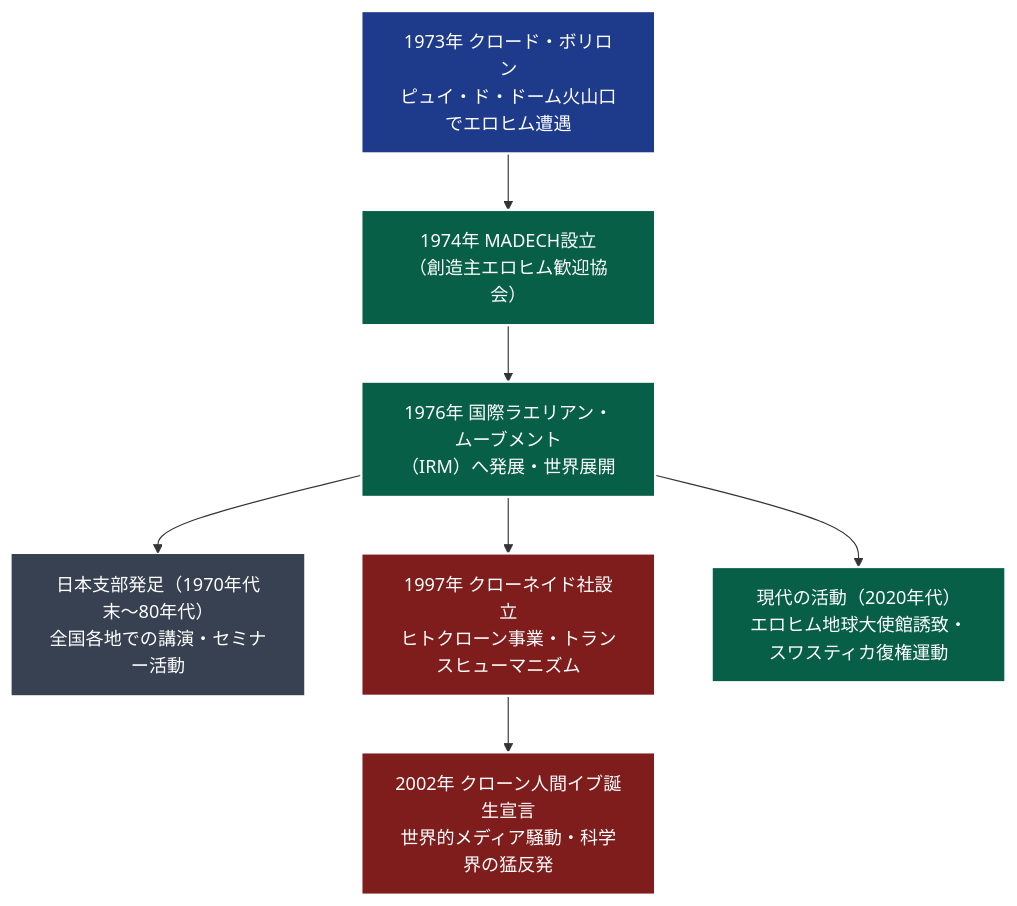
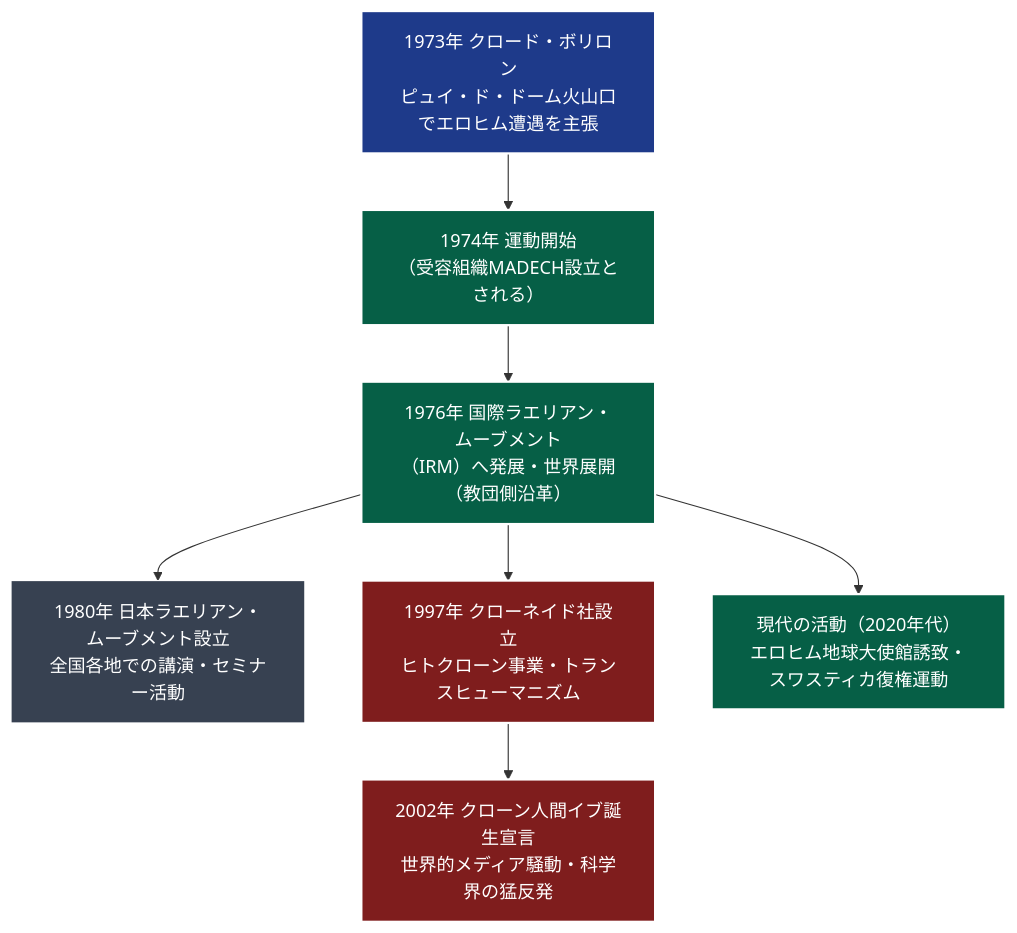
One commit to iida-masashi/religion-garden changed the diagram in content/01_宗派・異端研究/12_その他/国際ラエリアン・ムーブメント.md. Above: the diagram before and after it, drawn with Mermaid. The commit also changed other lines of this file and 251 other files, not shown here.

````diff
--- a/content/01_宗派・異端研究/12_その他/国際ラエリアン・ムーブメント.md
+++ b/content/01_宗派・異端研究/12_その他/国際ラエリアン・ムーブメント.md
@@ -49,14 +60,14 @@
 ```mermaid
 flowchart TD
     classDef origin fill:#1e3a8a,stroke:#ffffff,stroke-width:2px,color:#ffffff;
     classDef main fill:#065f46,stroke:#ffffff,stroke-width:2px,color:#ffffff;
     classDef affair fill:#7f1d1d,stroke:#ffffff,stroke-width:2px,color:#ffffff;
     classDef org fill:#374151,stroke:#ffffff,stroke-width:1px,color:#ffffff;
 
-    A["<div style='color:#ffffff;'>1973年 クロード・ボリロン<br>ピュイ・ド・ドーム火山口でエロヒム遭遇</div>"]:::origin --> B["<div style='color:#ffffff;'>1974年 MADECH設立<br>（創造主エロヒム歓迎協会）</div>"]:::main
-    B --> C["<div style='color:#ffffff;'>1976年 国際ラエリアン・ムーブメント<br>（IRM）へ発展・世界展開</div>"]:::main
-    C --> D["<div style='color:#ffffff;'>日本支部発足（1970年代末〜80年代）<br>全国各地での講演・セミナー活動</div>"]:::org
+    A["<div style='color:#ffffff;'>1973年 クロード・ボリロン<br>ピュイ・ド・ドーム火山口でエロヒム遭遇を主張</div>"]:::origin --> B["<div style='color:#ffffff;'>1974年 運動開始<br>（受容組織MADECH設立とされる）</div>"]:::main
+    B --> C["<div style='color:#ffffff;'>1976年 国際ラエリアン・ムーブメント<br>（IRM）へ発展・世界展開（教団側沿革）</div>"]:::main
+    C --> D["<div style='color:#ffffff;'>1980年 日本ラエリアン・ムーブメント設立<br>全国各地での講演・セミナー活動</div>"]:::org
     C --> E["<div style='color:#ffffff;'>1997年 クローネイド社設立<br>ヒトクローン事業・トランスヒューマニズム</div>"]:::affair
     E --> F["<div style='color:#ffffff;'>2002年 クローン人間イブ誕生宣言<br>世界的メディア騒動・科学界の猛反発</div>"]:::affair
     C --> G["<div style='color:#ffffff;'>現代の活動（2020年代）<br>エロヒム地球大使館誘致・スワスティカ復権運動</div>"]:::main
 ```
````
